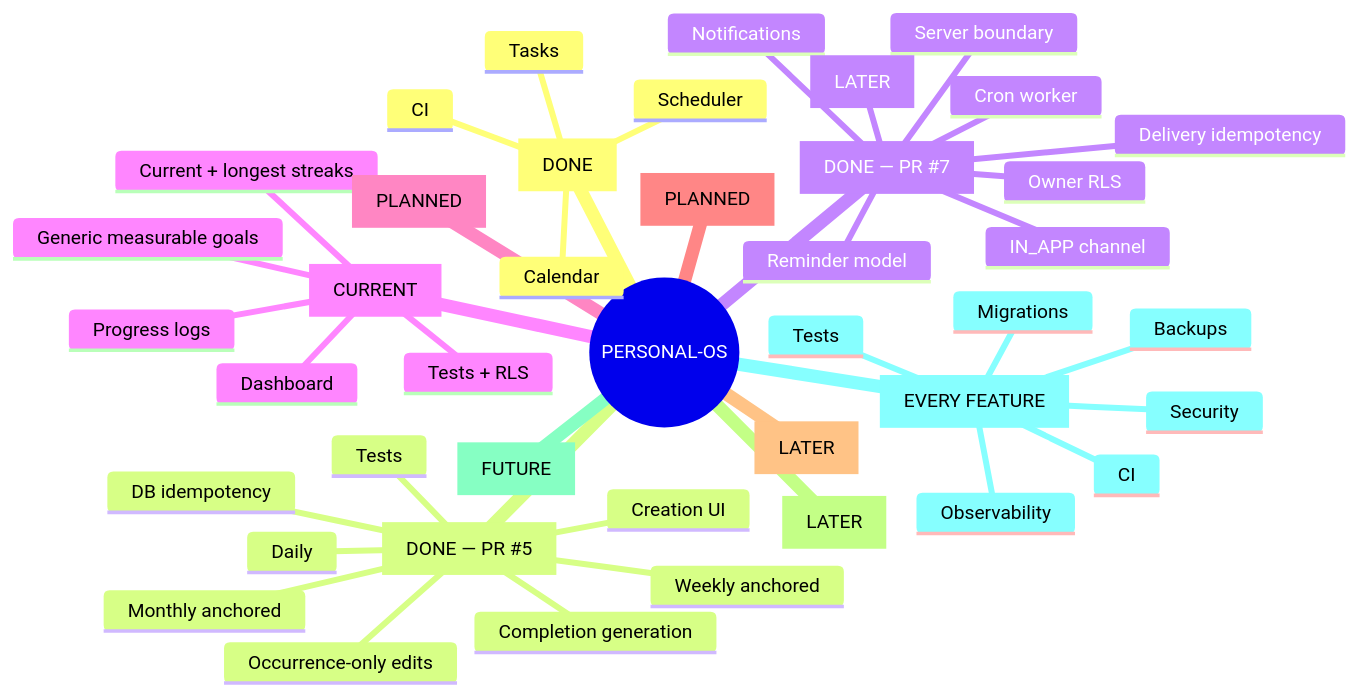
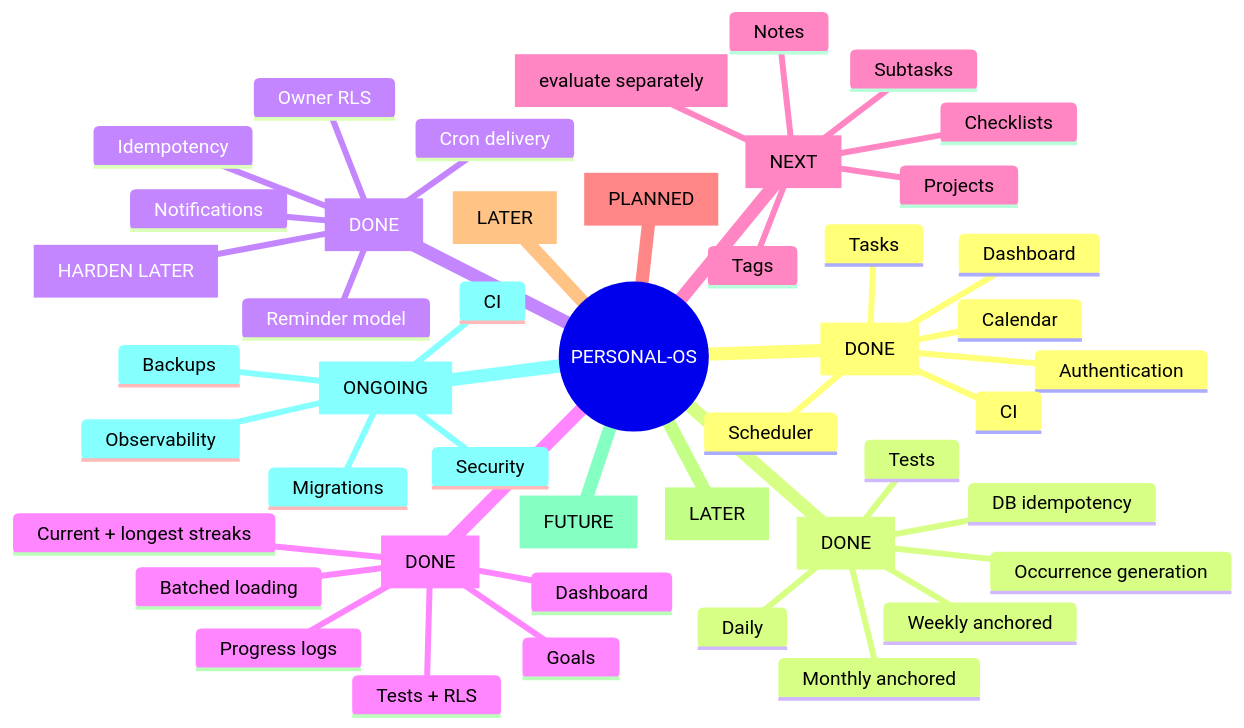
The diagram in PROJECT_STATE.md (mohith-krishnaa/personal-os), drawn with Mermaid before and after one commit. The commit also changed other lines of this file, not shown here.

Commit message:
docs: reconcile canonical project state after V1 completion

````diff
--- a/PROJECT_STATE.md
+++ b/PROJECT_STATE.md
@@ -142,45 +104,49 @@
 ```mermaid
 mindmap
   root((PERSONAL-OS))
     Core Productivity [DONE]
+      Authentication
+      Dashboard
       Tasks
       Scheduler
       Calendar
       CI
-    Recurring Tasks V1 [DONE — PR #5]
+    Recurring Tasks V1 [DONE]
       Daily
       Weekly anchored
       Monthly anchored
-      Completion generation
+      Occurrence generation
       DB idempotency
       Tests
-      Creation UI
-      Occurrence-only edits
-    Reminders V1 [DONE — PR #7]
+    Reminders V1 [DONE]
       Reminder model
       Owner RLS
-      Server boundary
-      IN_APP channel
-      Cron worker
+      Cron delivery
       Notifications
-      Delivery idempotency
-      Timezone/DST hardening [LATER]
-    Progress & Streaks V1 [CURRENT]
-      Generic measurable goals
+      Idempotency
+      Timezone/DST [HARDEN LATER]
+    Progress & Streaks V1 [DONE]
+      Goals
       Progress logs
       Current + longest streaks
       Dashboard
+      Batched loading
       Tests + RLS
-    Organization [PLANNED]
+    Organization V1 [NEXT]
+      Subtasks
+      Checklists
+      Projects
+      Notes
+      Tags
+      Attachments [evaluate separately]
     Analytics [PLANNED]
     AI Assistant [LATER]
     Research Agent [LATER]
     Adaptive Scheduling [FUTURE]
-    Quality Gates [EVERY FEATURE]
+    Production Hardening [ONGOING]
       Security
-      Tests
       CI
       Migrations
       Observability
       Backups
 ```
````
